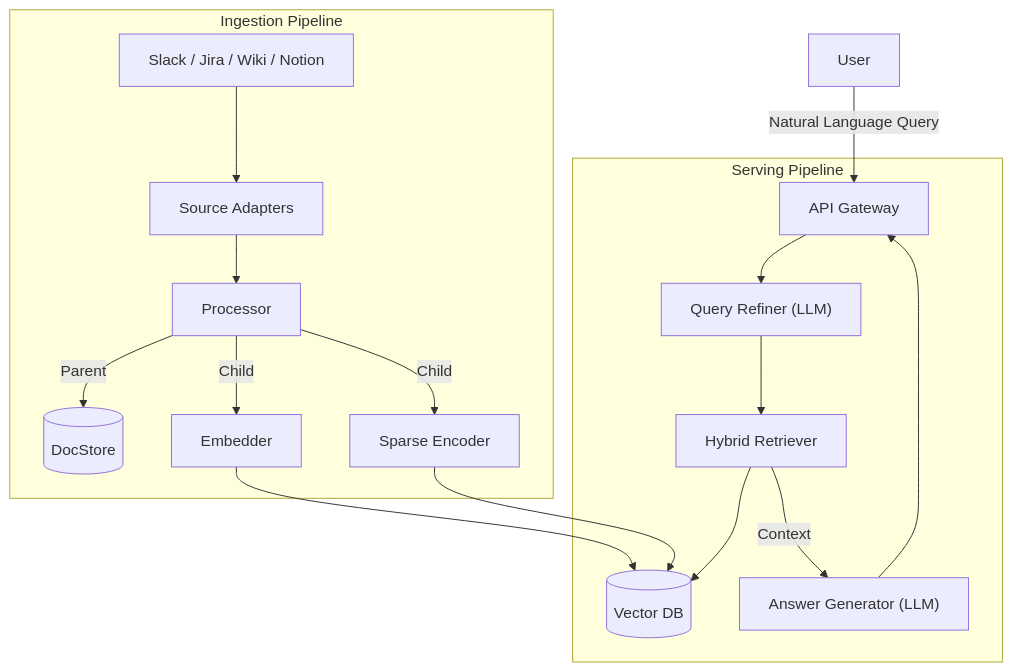
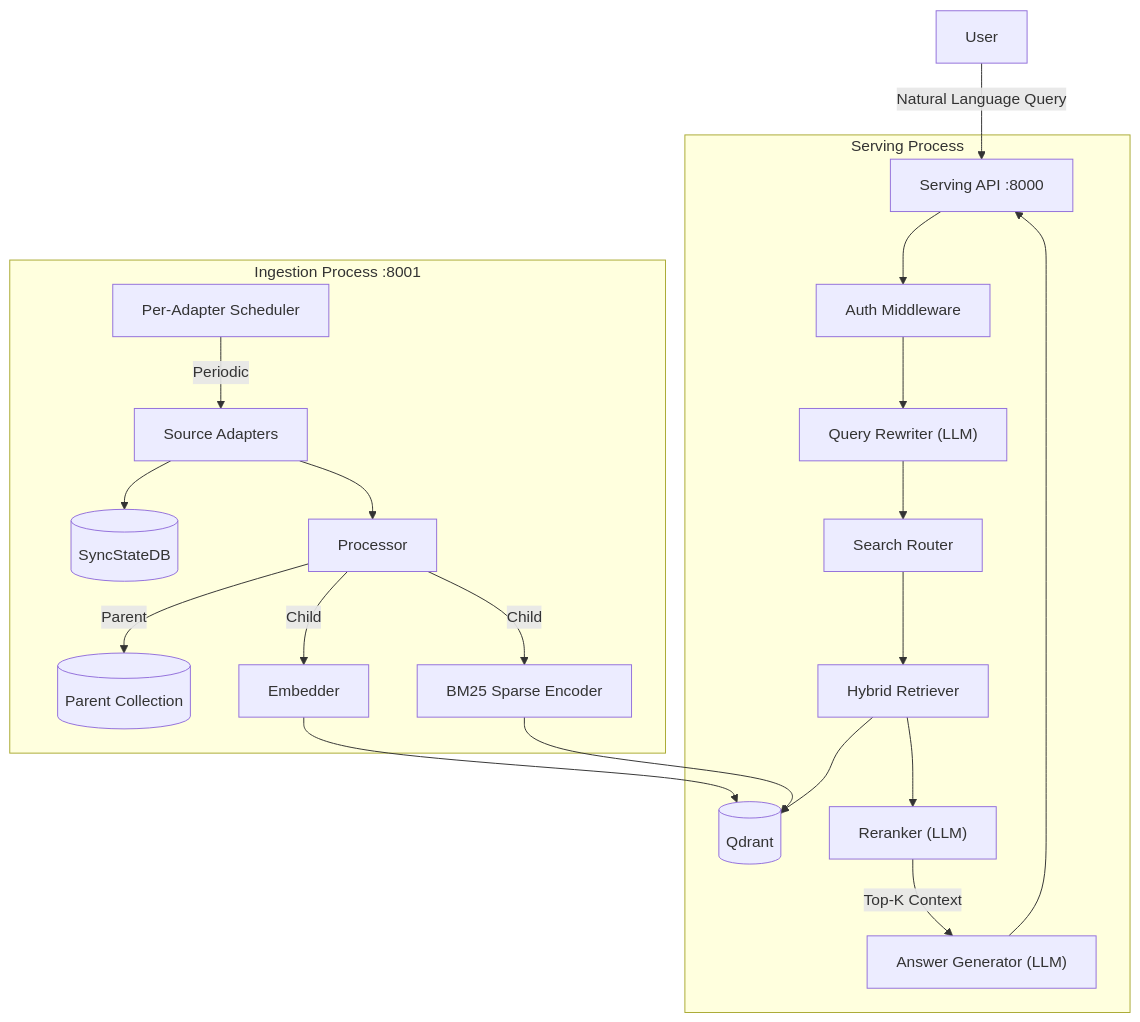
The diagram in README.md (end-2/search), drawn with Mermaid before and after one commit. The commit also changed other lines of this file and 54 other files, not shown here.

````diff
--- a/README.md
+++ b/README.md
@@ -28,22 +36,26 @@
 ```mermaid
 graph TD
-    User[User] -->|Natural Language Query| API[API Gateway]
-    
-    subgraph "Serving Pipeline"
-        API --> Refiner["Query Refiner (LLM)"]
-        Refiner --> Retriever[Hybrid Retriever]
-        Retriever --> VectorDB[(Vector DB)]
-        Retriever -->|Context| Generator["Answer Generator (LLM)"]
-        Generator --> API
+    User[User] -->|Natural Language Query| ServingAPI[Serving API :8000]
+
+    subgraph "Serving Process"
+        ServingAPI --> Auth[Auth Middleware]
+        Auth --> Refiner["Query Rewriter (LLM)"]
+        Refiner --> Router[Search Router]
+        Router --> Retriever[Hybrid Retriever]
+        Retriever --> VectorDB[(Qdrant)]
+        Retriever --> Reranker["Reranker (LLM)"]
+        Reranker -->|Top-K Context| Generator["Answer Generator (LLM)"]
+        Generator --> ServingAPI
     end
 
-    subgraph "Ingestion Pipeline"
-        Sources["Slack / Jira / Wiki / Notion"] --> Adapter[Source Adapters]
+    subgraph "Ingestion Process :8001"
+        Scheduler[Per-Adapter Scheduler] -->|Periodic| Adapter[Source Adapters]
+        Adapter --> SyncDB[(SyncStateDB)]
         Adapter --> Processor[Processor]
-        Processor -->|Parent| DocStore[(DocStore)]
+        Processor -->|Parent| DocStore[(Parent Collection)]
         Processor -->|Child| Embedder[Embedder]
-        Processor -->|Child| Sparse[Sparse Encoder]
-        Embedder --> VectorDB[(Vector DB)]
+        Processor -->|Child| Sparse[BM25 Sparse Encoder]
+        Embedder --> VectorDB
         Sparse --> VectorDB
     end
 ```
````
